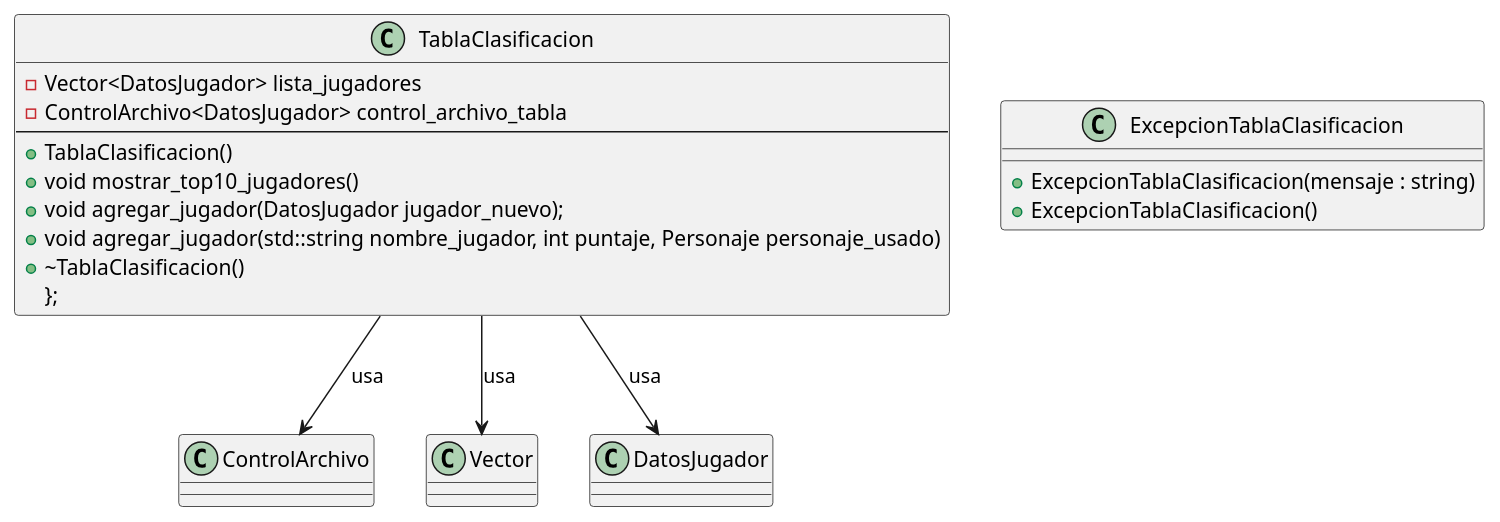
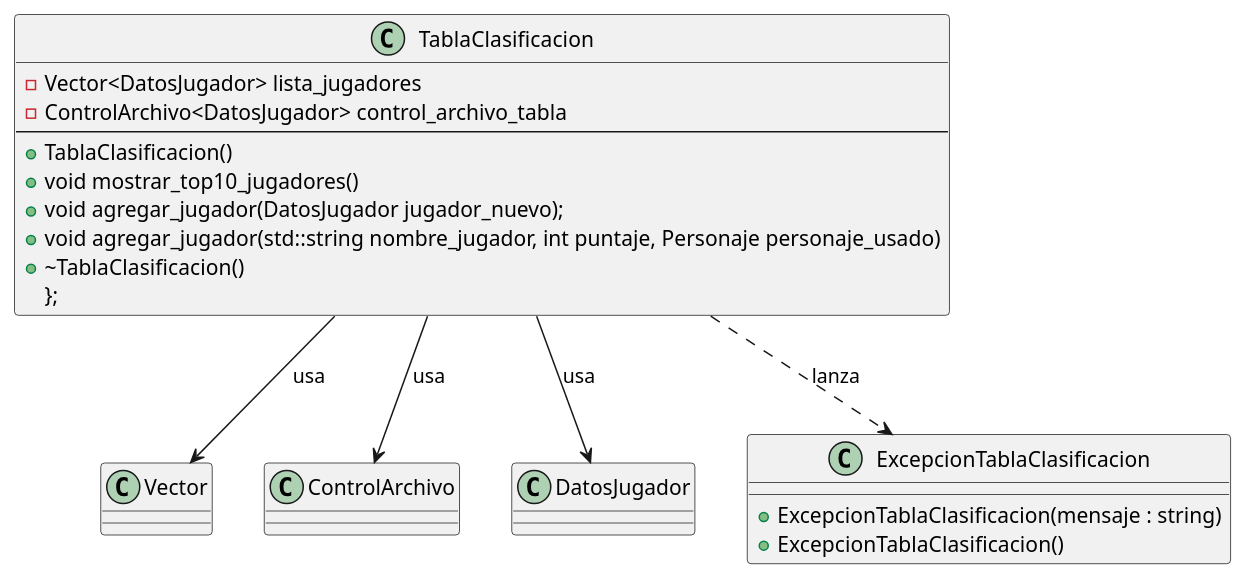
One commit to guillsil/Transformers-Game changed the diagram in Diagramas-UML/TablaClasificacion.puml. Above: the diagram before and after it, drawn with PlantUML. The commit also changed 3 other files, not shown here.

```diff
--- a/Diagramas-UML/TablaClasificacion.puml
+++ b/Diagramas-UML/TablaClasificacion.puml
@@ -1,28 +1,29 @@
 @startuml
 'https://plantuml.com/class-diagram
+class Vector
 class ControlArchivo
-class Vector
 class DatosJugador
 
 class ExcepcionTablaClasificacion {
     + ExcepcionTablaClasificacion(mensaje : string)
     + ExcepcionTablaClasificacion()
 }
 
 class TablaClasificacion{
     - Vector<DatosJugador> lista_jugadores
     - ControlArchivo<DatosJugador> control_archivo_tabla
     ---
     + TablaClasificacion()
     + void mostrar_top10_jugadores()
     + void agregar_jugador(DatosJugador jugador_nuevo);
     + void agregar_jugador(std::string nombre_jugador, int puntaje, Personaje personaje_usado)
     + ~TablaClasificacion()
 };    
 }
 
 ' Relaciones
 TablaClasificacion --> Vector : "usa"
 TablaClasificacion --> ControlArchivo : "usa"
 TablaClasificacion --> DatosJugador : "usa"
+TablaClasificacion ..> ExcepcionTablaClasificacion : "lanza"
 @enduml
```
